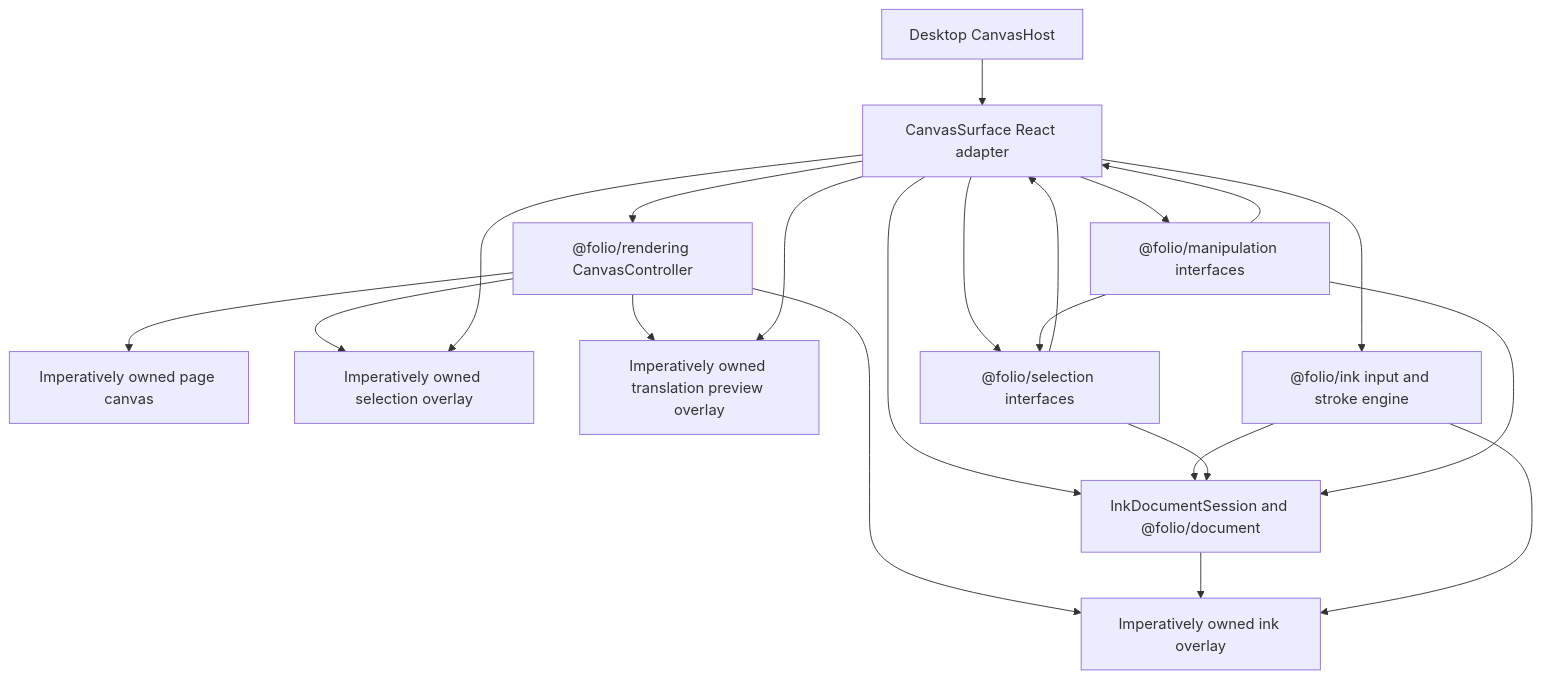
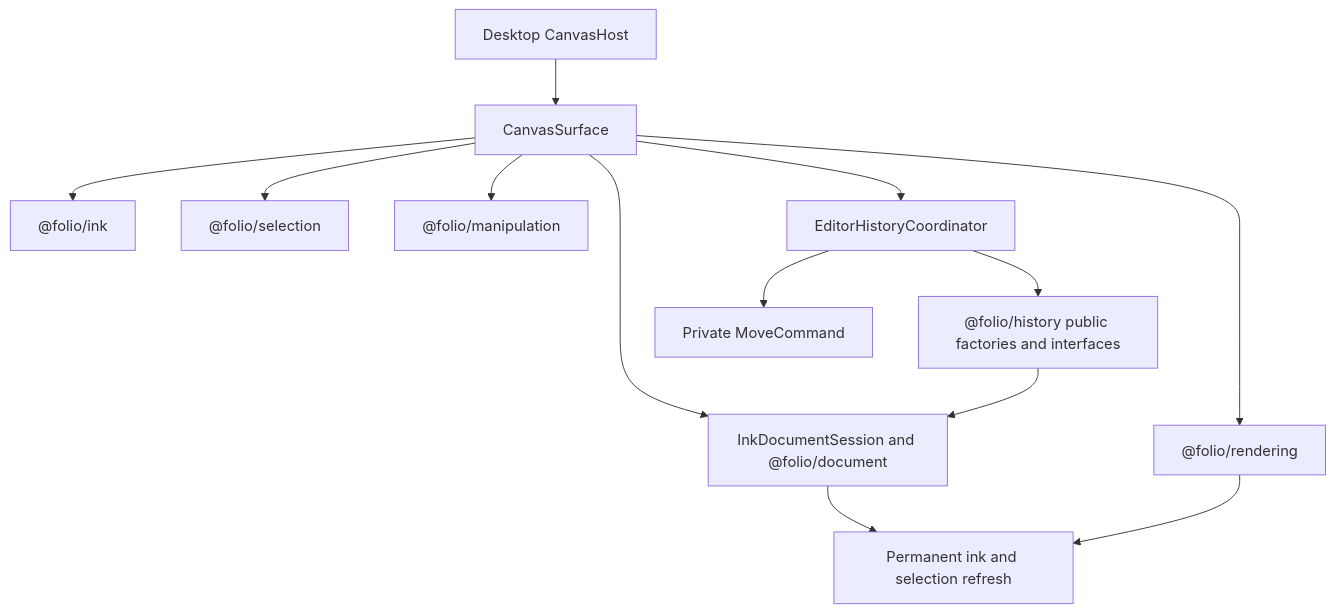
The first of 2 diagrams in packages/editor/README.md (ritikpandey1981/digital-notes), drawn with Mermaid before and after one commit. The commit also changed other lines of this file and 52 other files, not shown here.

````diff
--- a/packages/editor/README.md
+++ b/packages/editor/README.md
@@ -15,23 +22,15 @@
 ```mermaid
 flowchart TD
-    CanvasHost["Desktop CanvasHost"] --> CanvasSurface["CanvasSurface React adapter"]
-    CanvasSurface --> Controller["@folio/rendering CanvasController"]
-    Controller --> Page["Imperatively owned page canvas"]
-    Controller --> InkCanvas["Imperatively owned ink overlay"]
-    Controller --> SelectionCanvas["Imperatively owned selection overlay"]
-    Controller --> PreviewCanvas["Imperatively owned translation preview overlay"]
-    CanvasSurface --> Ink["@folio/ink input and stroke engine"]
-    CanvasSurface --> Document["InkDocumentSession and @folio/document"]
-    CanvasSurface --> Selection["@folio/selection interfaces"]
-    CanvasSurface --> Manipulation["@folio/manipulation interfaces"]
-    Ink --> Document
-    Document --> InkCanvas
-    Ink --> InkCanvas
-    Selection --> Document
-    Selection --> CanvasSurface
-    CanvasSurface --> SelectionCanvas
-    Manipulation --> Selection
-    Manipulation --> Document
-    Manipulation --> CanvasSurface
-    CanvasSurface --> PreviewCanvas
+    Host["Desktop CanvasHost"] --> Surface["CanvasSurface"]
+    Surface --> Rendering["@folio/rendering"]
+    Surface --> Ink["@folio/ink"]
+    Surface --> Document["InkDocumentSession and @folio/document"]
+    Surface --> Selection["@folio/selection"]
+    Surface --> Manipulation["@folio/manipulation"]
+    Surface --> Coordinator["EditorHistoryCoordinator"]
+    Coordinator --> History["@folio/history public factories and interfaces"]
+    Coordinator --> Move["Private MoveCommand"]
+    History --> Document
+    Document --> Refresh["Permanent ink and selection refresh"]
+    Rendering --> Refresh
 ```
````
